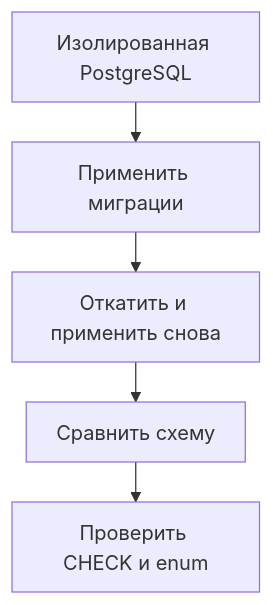
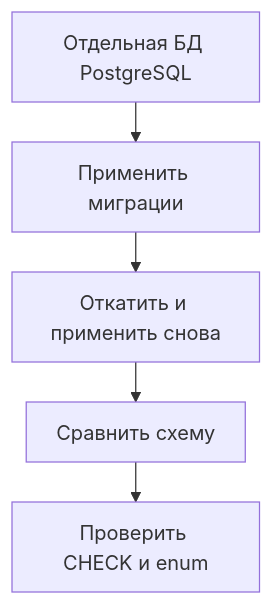
The diagram in translations/ru/blog/posts/2026-09-13-testing-alembic-migrations-in-ci.md (bedrock-python/bedrock-python.github.io), drawn with Mermaid before and after one commit. The commit also changed other lines of this file and 24 other files, not shown here.

````diff
--- a/translations/ru/blog/posts/2026-09-13-testing-alembic-migrations-in-ci.md
+++ b/translations/ru/blog/posts/2026-09-13-testing-alembic-migrations-in-ci.md
@@ -70,22 +70,22 @@
 ```mermaid
 ---
 config:
   theme: default
   look: classic
   flowchart:
     useMaxWidth: false
     wrappingWidth: 150
     padding: 12
     nodeSpacing: 24
     rankSpacing: 32
 ---
 flowchart TD
     accTitle: Миграции проверяются в обе стороны
-    accDescr: Тестовая БД проходит историю миграций, возврат и повторное применение. Затем схема сравнивается с моделями и отдельными ограничениями.
-    A["Изолированная PostgreSQL"]
+    accDescr: В тестовой БД миграции применяются, откатываются и применяются снова. Затем проверяются соответствие схемы моделям и наличие нужных ограничений.
+    A["Отдельная БД PostgreSQL"]
     B["Применить миграции"]
     C["Откатить и применить снова"]
     D["Сравнить схему"]
     E["Проверить CHECK и enum"]
     A --> B --> C --> D --> E
 ```
````
